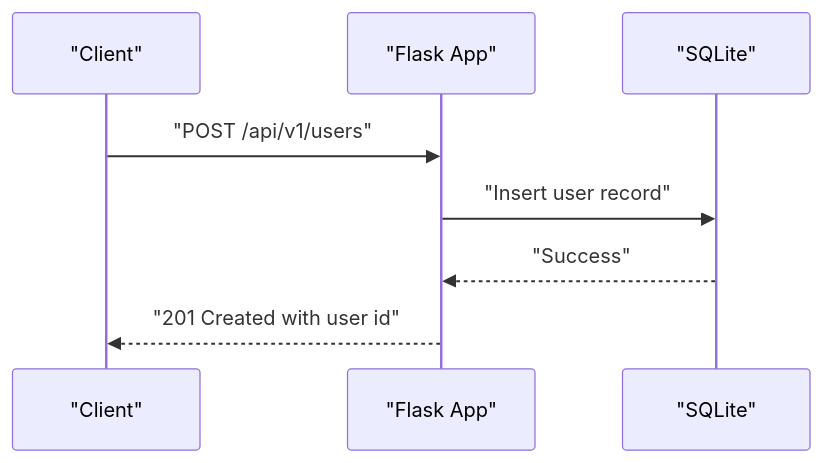
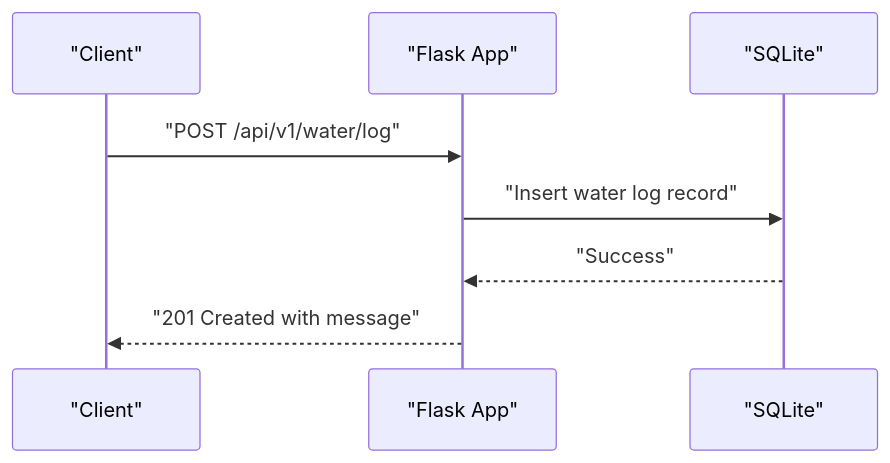
One commit to hsarjun04-netizen/NUTRICooACH changed the second of 3 diagrams in .qoder/repowiki/en/content/Backend API Server/API Endpoints Reference/API Endpoints Reference.md. Above: the diagram before and after it, drawn with Mermaid. The commit also changed other lines of this file and 8 other files, not shown here.

Commit message:
Redesign Dashboard: dark sidebar, hero banner, activity chart, calendar, donut chart, water tracker

````diff
--- a/.qoder/repowiki/en/content/Backend API Server/API Endpoints Reference/API Endpoints Reference.md
+++ b/.qoder/repowiki/en/content/Backend API Server/API Endpoints Reference/API Endpoints Reference.md
@@ -57,10 +68,10 @@
 ```mermaid
 sequenceDiagram
 participant Client as "Client"
 participant Flask as "Flask App"
 participant DB as "SQLite"
-Client->>Flask : "POST /api/v1/users"
-Flask->>DB : "Insert user record"
+Client->>Flask : "POST /api/v1/water/log"
+Flask->>DB : "Insert water log record"
 DB-->>Flask : "Success"
-Flask-->>Client : "201 Created with user id"
+Flask-->>Client : "201 Created with message"
 ```
````
